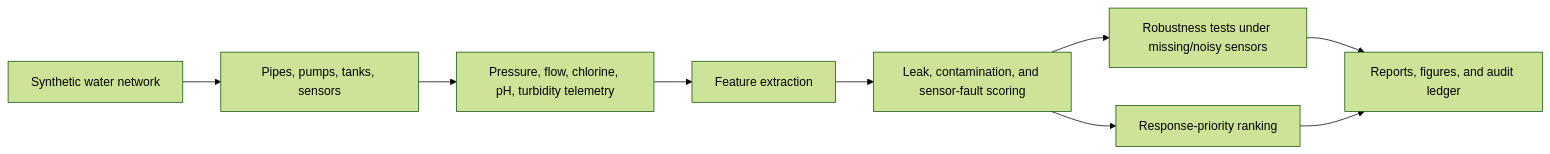
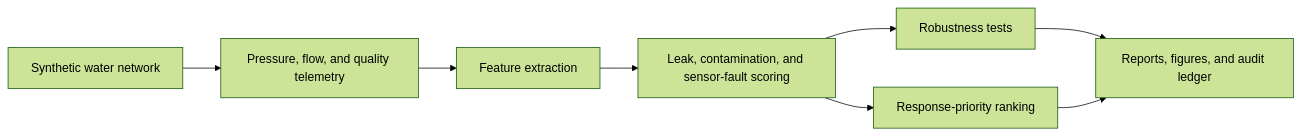
One commit to Hirakhyzer/ai-water-infrastructure-leak-contamination-twin changed the diagram in README.md. Above: the diagram before and after it, drawn with Mermaid (forest theme). The commit also changed other lines of this file, not shown here.

Commit message:
Polish water infrastructure README with clean visuals

````diff
--- a/README.md
+++ b/README.md
@@ -35,11 +62,10 @@
 ```mermaid
 flowchart LR
-  A[Synthetic water network] --> B[Pipes, pumps, tanks, sensors]
-  B --> C[Pressure, flow, chlorine, pH, turbidity telemetry]
-  C --> D[Feature extraction]
-  D --> E[Leak, contamination, and sensor-fault scoring]
-  E --> F[Robustness tests under missing/noisy sensors]
-  E --> G[Response-priority ranking]
-  F --> H[Reports, figures, and audit ledger]
-  G --> H
+  A[Synthetic water network] --> B[Pressure, flow, and quality telemetry]
+  B --> C[Feature extraction]
+  C --> D[Leak, contamination, and sensor-fault scoring]
+  D --> E[Robustness tests]
+  D --> F[Response-priority ranking]
+  E --> G[Reports, figures, and audit ledger]
+  F --> G
 ```
````
